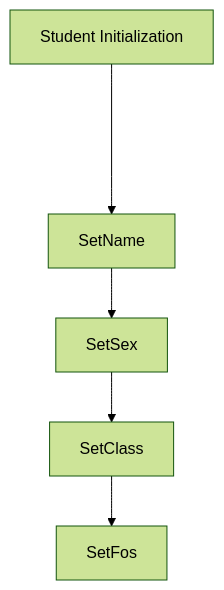
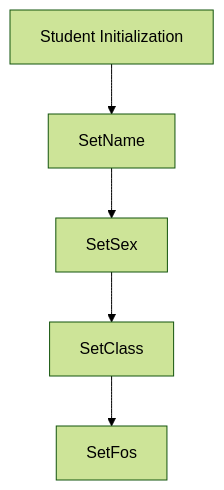
One commit to RockFreakRickerd/SameCodeDifferentLanguagues changed the second of 2 diagrams in SchoolSystem/README.md. Above: the diagram before and after it, drawn with Mermaid (forest theme).

````diff
--- a/SchoolSystem/README.md
+++ b/SchoolSystem/README.md
@@ -34,6 +34,6 @@
 ```mermaid
 flowchart TD
-  A[Student Initialization] ----> B[SetName] --> C[SetSex] --> D[SetClass] --> E[SetFos]
+  A[Student Initialization] --> B[SetName] --> C[SetSex] --> D[SetClass] --> E[SetFos]
   
   
 ```
````
